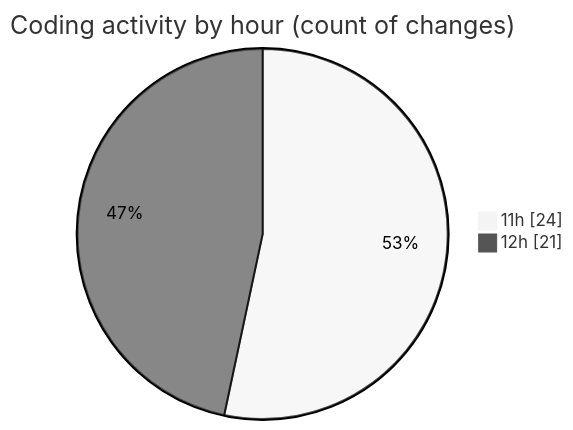
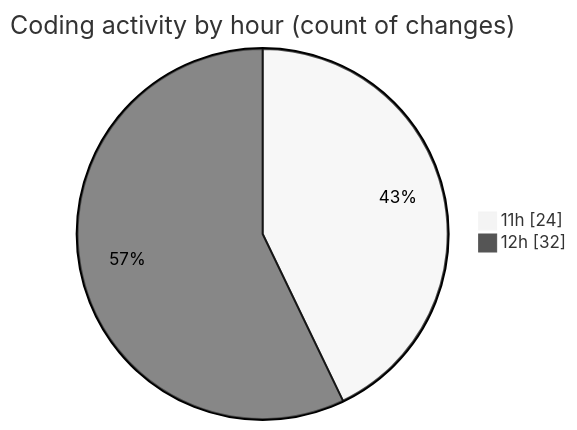
Before and after one commit to vahidmafi/code-tracking: the second of 2 diagrams in 2025-07-21/shop/README.md, drawn with Mermaid (neutral theme). The commit also changed other lines of this file and 1 other file, not shown here.

````diff
--- a/2025-07-21/shop/README.md
+++ b/2025-07-21/shop/README.md
@@ -34,6 +35,6 @@
 ```mermaid
 pie showData
 title Coding activity by hour (count of changes)
 "11h" : 24
-"12h" : 21
+"12h" : 32
 ```
````
